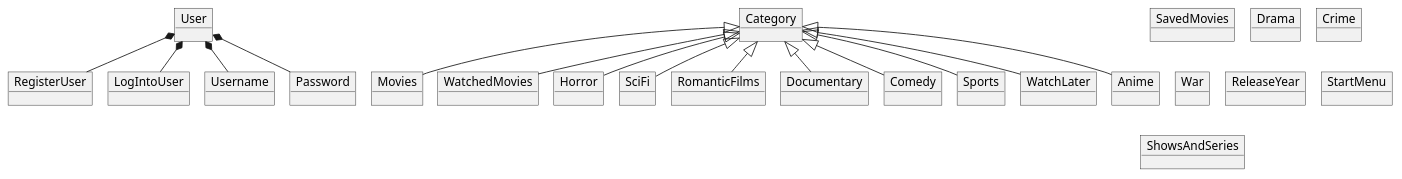
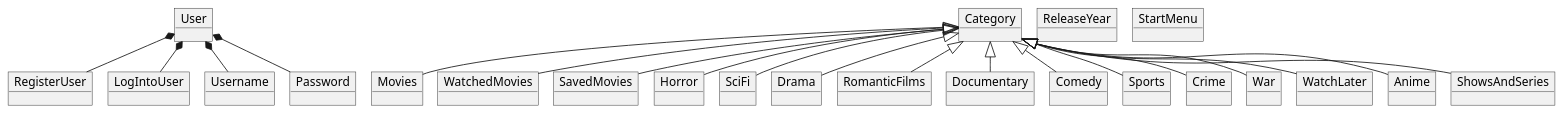
One commit to LauraRaun/Sp3Chill changed the diagram in src/Domænemodel.v0.puml. Above: the diagram before and after it, drawn with PlantUML. The commit also changed 1 other file, not shown here.

```diff
--- a/src/Domænemodel.v0.puml
+++ b/src/Domænemodel.v0.puml
@@ -1,52 +1,59 @@
 @startuml
 'https://plantuml.com/class-diagram
 !pragma layout smetana
 
 
 object User
 object Movies
 object Category
 object WatchedMovies
 object SavedMovies
 object Horror
 object SciFi
 object Drama
 object RomanticFilms
 object Documentary
 object Comedy
 object Sports
 object Crime
 object War
 object ReleaseYear
 object StartMenu
 object RegisterUser
 object LogIntoUser
 object WatchLater
 object Username
 object Password
 object Anime
 object ShowsAndSeries
 
 User *-- Username
 User *-- Password
 User *-- RegisterUser
 User *-- LogIntoUser
 
 
 Category <|-- RomanticFilms
 Category <|-- Horror
 Category <|-- SciFi
 Category <|-- WatchedMovies
 Category <|-- Comedy
 Category <|-- Anime
 Category <|-- WatchLater
 Category <|-- Sports
 Category <|-- Documentary
 Category <|-- Movies
+Category <|-- War
+Category <|-- Crime
+Category <|-- SavedMovies
+Category <|-- Drama
+Category <|-- ShowsAndSeries
+
+
 
 
 
 
 
 
 @enduml
```
